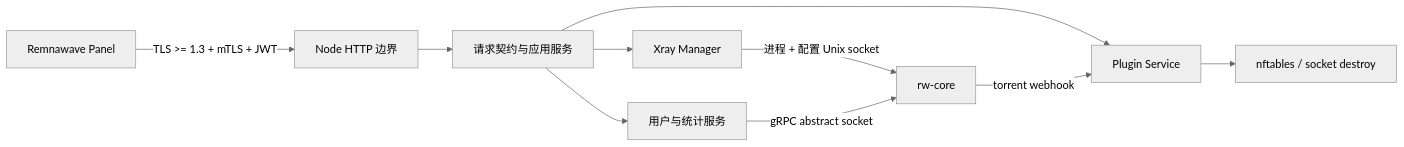
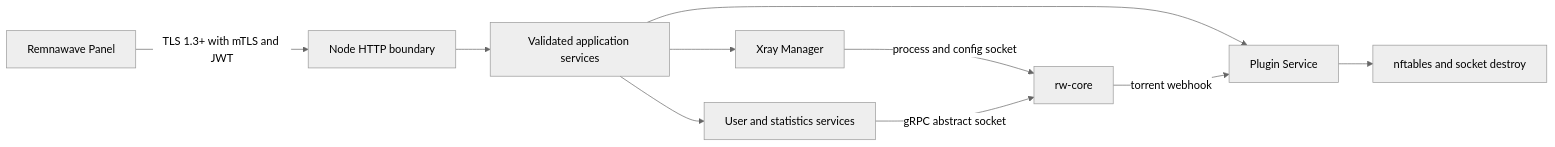
Before and after one commit to luxiaba/remnanode-lite: the diagram in README.md, drawn with Mermaid (neutral theme). The commit also changed other lines of this file and 17 other files, not shown here.

````diff
--- a/README.md
+++ b/README.md
@@ -103,12 +109,12 @@
 ```mermaid
 flowchart LR
-    Panel["Remnawave Panel"] -->|"TLS >= 1.3 + mTLS + JWT"| HTTP["Node HTTP 边界"]
-    HTTP --> API["请求契约与应用服务"]
+    Panel["Remnawave Panel"] -->|"TLS 1.3+ with mTLS and JWT"| HTTP["Node HTTP boundary"]
+    HTTP --> API["Validated application services"]
     API --> Manager["Xray Manager"]
     API --> Plugin["Plugin Service"]
-    API --> Stats["用户与统计服务"]
-    Manager -->|"进程 + 配置 Unix socket"| Core["rw-core"]
+    API --> Stats["User and statistics services"]
+    Manager -->|"process and config socket"| Core["rw-core"]
     Stats -->|"gRPC abstract socket"| Core
-    Plugin --> NFT["nftables / socket destroy"]
+    Plugin --> NFT["nftables and socket destroy"]
     Core -->|"torrent webhook"| Plugin
 ```
````
